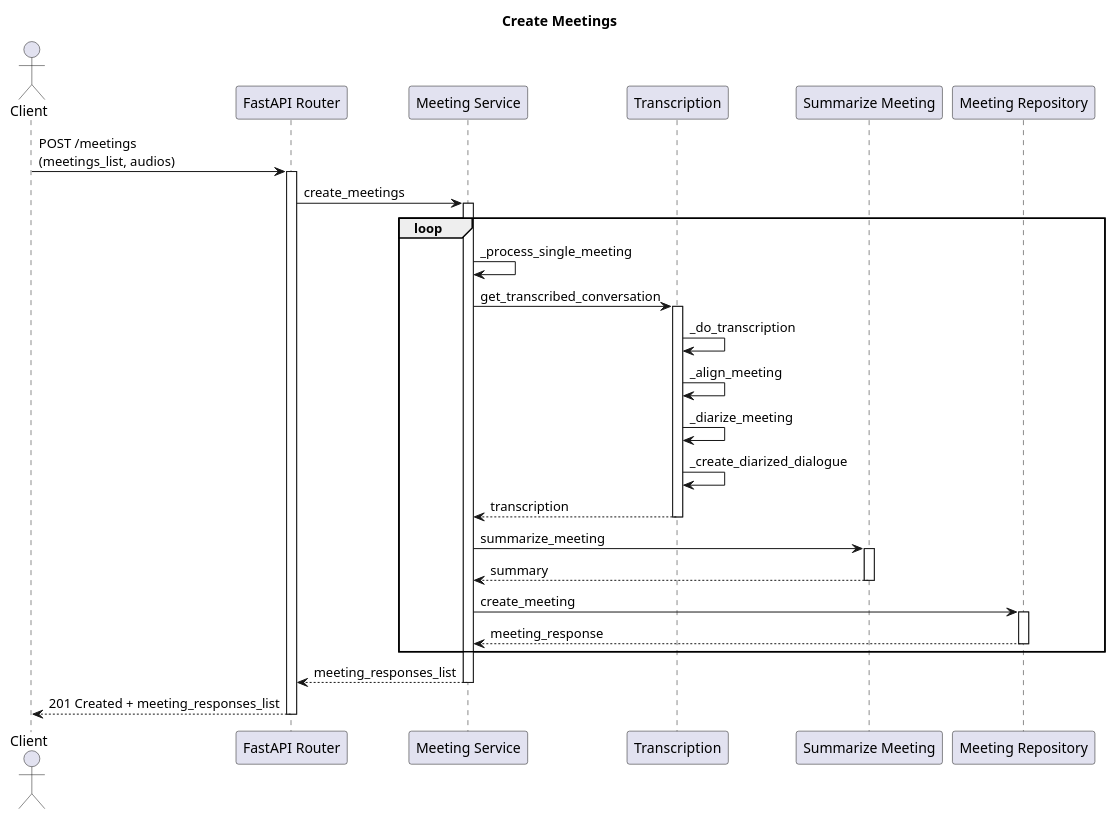
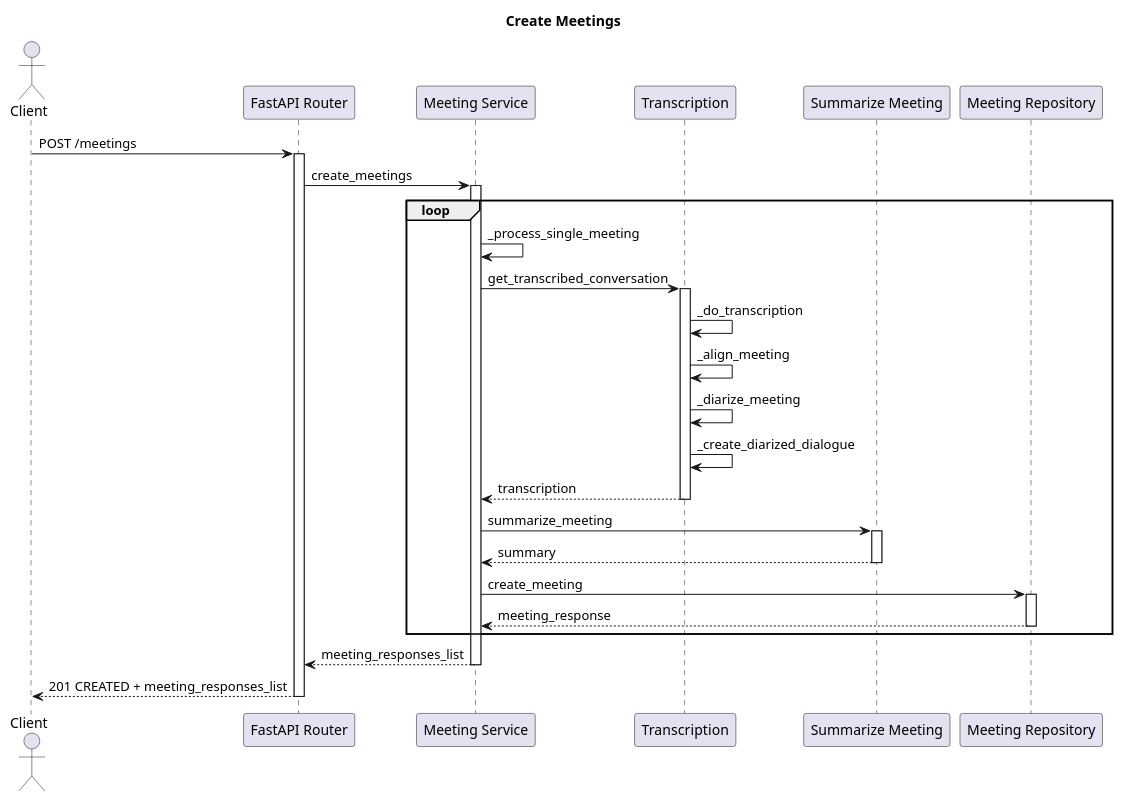
The diagram in Backend/docs/sequence_diagrams/create_meetings.pu (estebansuarezcalvoudc/Memento), drawn with PlantUML before and after one commit. The commit also changed 1 other file, not shown here.

```diff
--- a/Backend/docs/sequence_diagrams/create_meetings.pu
+++ b/Backend/docs/sequence_diagrams/create_meetings.pu
@@ -1,47 +1,47 @@
 @startuml Create Meetings
 
 title Create Meetings
 
 actor Client
 participant "FastAPI Router" as Router
 participant "Meeting Service" as Service
 participant "Transcription" as Transcriber
 participant "Summarize Meeting" as Summarizer
 participant "Meeting Repository" as Repository
 
-Client -> Router : POST /meetings\n(meetings_list, audios)
+Client -> Router : POST /meetings
 
 activate Router
 Router -> Service : create_meetings
 
 activate Service
 loop
     Service -> Service : _process_single_meeting
     Service -> Transcriber : get_transcribed_conversation
 
     activate Transcriber
     Transcriber -> Transcriber: _do_transcription
     Transcriber -> Transcriber: _align_meeting
     Transcriber -> Transcriber: _diarize_meeting
     Transcriber -> Transcriber: _create_diarized_dialogue
     Service <-- Transcriber: transcription
     deactivate Transcriber
 
     Service -> Summarizer: summarize_meeting
     activate Summarizer
     Service <-- Summarizer: summary
     deactivate Summarizer
 
     Service -> Repository: create_meeting
     activate Repository
     Service <-- Repository: meeting_response
     deactivate Repository
 end
 
 Router <-- Service: meeting_responses_list
 deactivate Service
 
-Client <-- Router: 201 Created + meeting_responses_list
+Client <-- Router: 201 CREATED + meeting_responses_list
 deactivate Router
 
 @enduml
```
